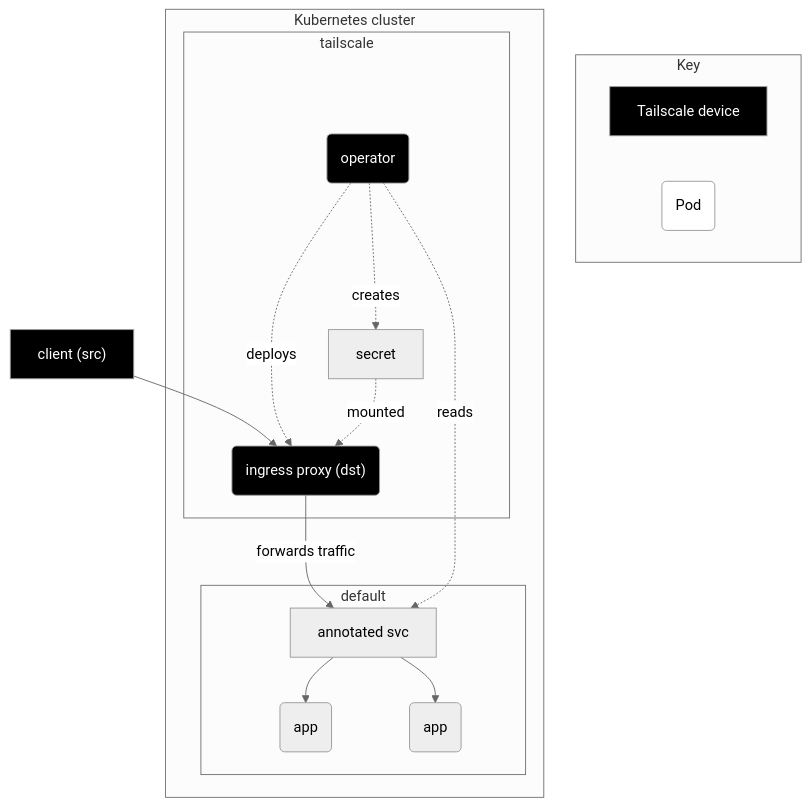
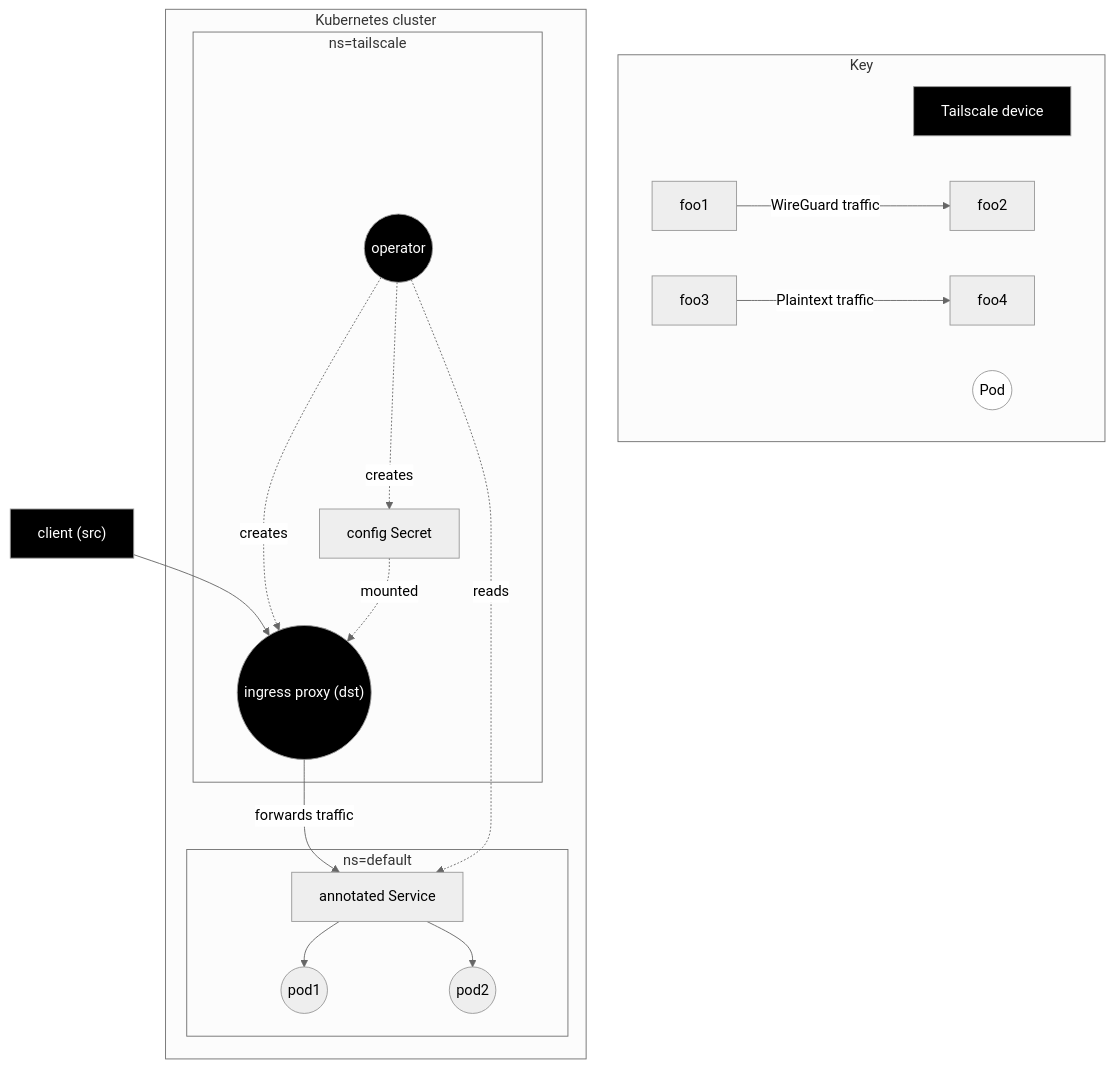
The second of 5 diagrams in docs/k8s/operator-architecture.md (tailscale/tailscale), drawn with Mermaid before and after one commit. The commit also changed other lines of this file, not shown here.

````diff
--- a/docs/k8s/operator-architecture.md
+++ b/docs/k8s/operator-architecture.md
@@ -56,32 +57,34 @@
 ```mermaid
 %%{ init: { 'theme':'neutral' } }%%
 flowchart TD
     classDef tsnode color:#fff,fill:#000;
     classDef pod fill:#fff;
 
     subgraph Key
         ts[Tailscale device]:::tsnode
-        pod(Pod):::pod
+        pod((Pod)):::pod
+        foo1-->|WireGuard traffic|foo2
+        foo3-->|Plaintext traffic|foo4
     end
 
     subgraph k8s[Kubernetes cluster]
-        subgraph tailscale-ns[tailscale]
-            operator(operator):::tsnode
-            ingress("ingress proxy (dst)"):::tsnode
-            secret
+        subgraph tailscale-ns[ns=tailscale]
+            operator((operator)):::tsnode
+            ingress(("ingress proxy (dst)")):::tsnode
+            secret[config Secret]
         end
 
-        subgraph defaultns[default]
-            svc[annotated svc]
-            svc --> app1(app)
-            svc --> app2(app)
+        subgraph defaultns[ns=default]
+            svc[annotated Service]
+            svc --> pod1((pod1))
+            svc --> pod2((pod2))
         end
     end
     client["client (src)"]:::tsnode --> ingress
     ingress -->|forwards traffic| svc
-    operator -.->|deploys| ingress
+    operator -.->|creates| ingress
     operator -.->|reads| svc
     operator -.->|creates| secret
     secret -.->|mounted| ingress
 
 ```
````
